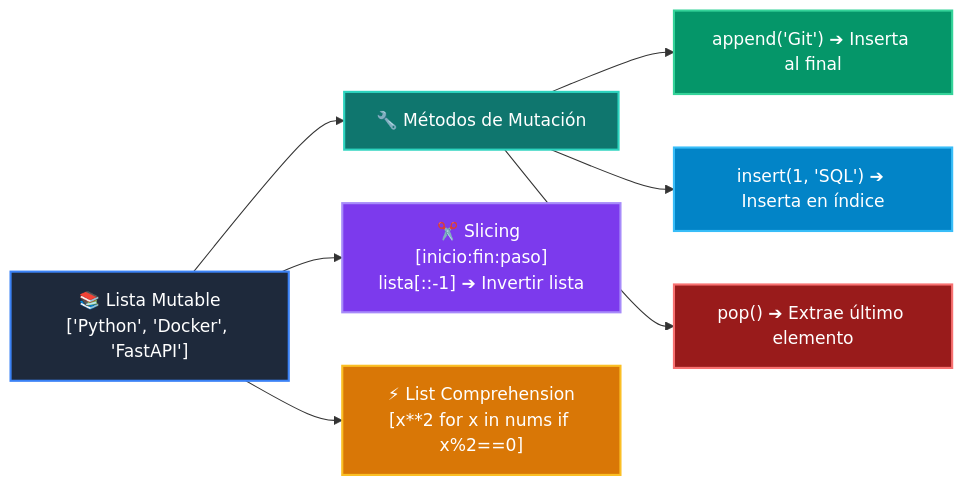
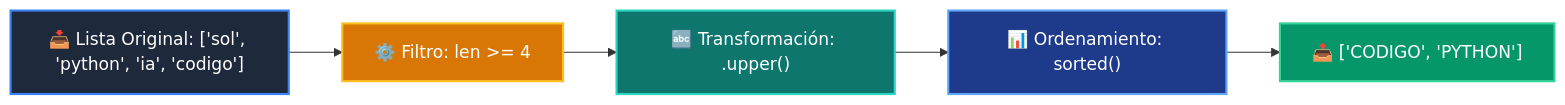
Before and after one commit to wisrovi/wisrovi-python: the diagram in docs/curso-01/clase-05.md, drawn with Mermaid. The commit also changed other lines of this file and 52 other files, not shown here.

````diff
--- a/docs/curso-01/clase-05.md
+++ b/docs/curso-01/clase-05.md
@@ -38,17 +37,12 @@
 ```mermaid
 flowchart LR
-    LISTA["📚 Lista Mutable<br/>['Python', 'Docker', 'FastAPI']"] --> MUT["🔧 Métodos de Mutación"]
-    MUT --> APP["append('Git') ➔ Inserta al final"]
-    MUT --> INS["insert(1, 'SQL') ➔ Inserta en índice"]
-    MUT --> POP["pop() ➔ Extrae último elemento"]
-    LISTA --> SLICE["✂️ Slicing [inicio:fin:paso]<br/>lista[::-1] ➔ Invertir lista"]
-    LISTA --> COMP["⚡ List Comprehension<br/>[x**2 for x in nums if x%2==0]"]
-
-    style LISTA fill:#1e293b,color:#ffffff,stroke:#3b82f6,stroke-width:2px
-    style MUT fill:#0f766e,color:#ffffff,stroke:#2dd4bf,stroke-width:2px
-    style APP fill:#059669,color:#ffffff,stroke:#34d399,stroke-width:2px
-    style INS fill:#0284c7,color:#ffffff,stroke:#38bdf8,stroke-width:2px
-    style POP fill:#991b1b,color:#ffffff,stroke:#f87171,stroke-width:2px
-    style SLICE fill:#7c3aed,color:#ffffff,stroke:#a78bfa,stroke-width:2px
-    style COMP fill:#d97706,color:#ffffff,stroke:#fbbf24,stroke-width:2px
+    A["📥 Lista Original: ['sol', 'python', 'ia', 'codigo']"] --> B["⚙️ Filtro: len >= 4"]
+    B --> C["🔤 Transformación: .upper()"]
+    C --> D["📊 Ordenamiento: sorted()"]
+    D --> E["📤 ['CODIGO', 'PYTHON']"]
+    style A fill:#1e293b,color:#ffffff,stroke:#3b82f6,stroke-width:2px
+    style B fill:#d97706,color:#ffffff,stroke:#fbbf24,stroke-width:2px
+    style C fill:#0f766e,color:#ffffff,stroke:#2dd4bf,stroke-width:2px
+    style D fill:#1e3a8a,color:#ffffff,stroke:#60a5fa,stroke-width:2px
+    style E fill:#059669,color:#ffffff,stroke:#34d399,stroke-width:2px
 ```
````
